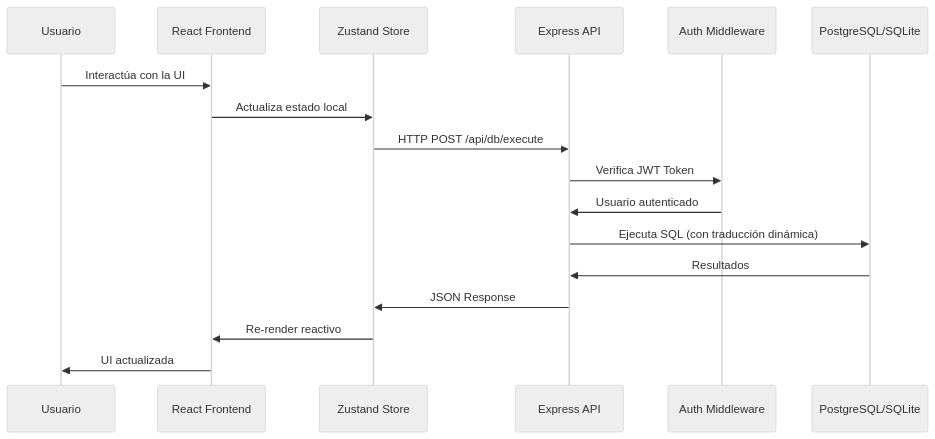
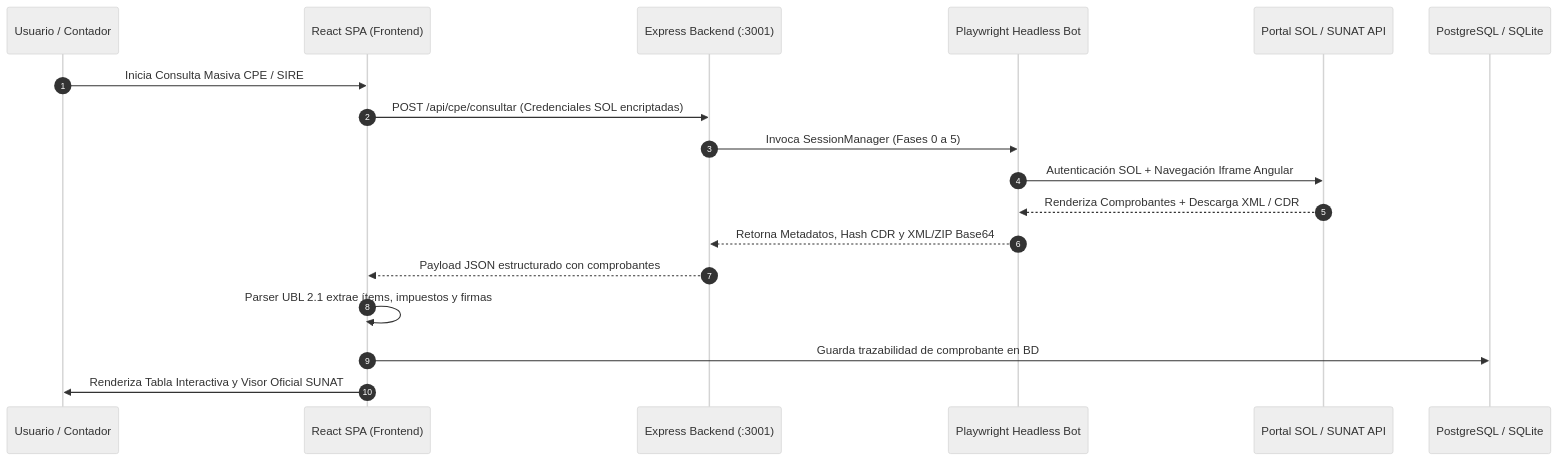
The second of 4 diagrams in auditoria.md (aangelo2555/softcontableperu1), drawn with Mermaid (neutral theme) before and after one commit. The commit also changed other lines of this file and 2 other files, not shown here.

Commit message:
feat(cpe): agregar barra de desplazamiento horizontal perenne, arrastre con mouse y actualizar auditoria.md

````diff
--- a/auditoria.md
+++ b/auditoria.md
@@ -146,20 +167,21 @@
 ```mermaid
 sequenceDiagram
-    participant U as Usuario
-    participant R as React Frontend
-    participant Z as Zustand Store
-    participant API as Express API
-    participant MW as Auth Middleware
-    participant DB as PostgreSQL/SQLite
-    
-    U->>R: Interactúa con la UI
-    R->>Z: Actualiza estado local
-    Z->>API: HTTP POST /api/db/execute
-    API->>MW: Verifica JWT Token
-    MW->>API: Usuario autenticado
-    API->>DB: Ejecuta SQL (con traducción dinámica)
-    DB->>API: Resultados
-    API->>Z: JSON Response
-    Z->>R: Re-render reactivo
-    R->>U: UI actualizada
+    autonumber
+    participant U as Usuario / Contador
+    participant FE as React SPA (Frontend)
+    participant BE as Express Backend (:3001)
+    participant PW as Playwright Headless Bot
+    participant SUNAT as Portal SOL / SUNAT API
+    participant DB as PostgreSQL / SQLite
+
+    U->>FE: Inicia Consulta Masiva CPE / SIRE
+    FE->>BE: POST /api/cpe/consultar (Credenciales SOL encriptadas)
+    BE->>PW: Invoca SessionManager (Fases 0 a 5)
+    PW->>SUNAT: Autenticación SOL + Navegación Iframe Angular
+    SUNAT-->>PW: Renderiza Comprobantes + Descarga XML / CDR
+    PW-->>BE: Retorna Metadatos, Hash CDR y XML/ZIP Base64
+    BE-->>FE: Payload JSON estructurado con comprobantes
+    FE->>FE: Parser UBL 2.1 extrae ítems, impuestos y firmas
+    FE->>DB: Guarda trazabilidad de comprobante en BD
+    FE->>U: Renderiza Tabla Interactiva y Visor Oficial SUNAT
 ```
````
